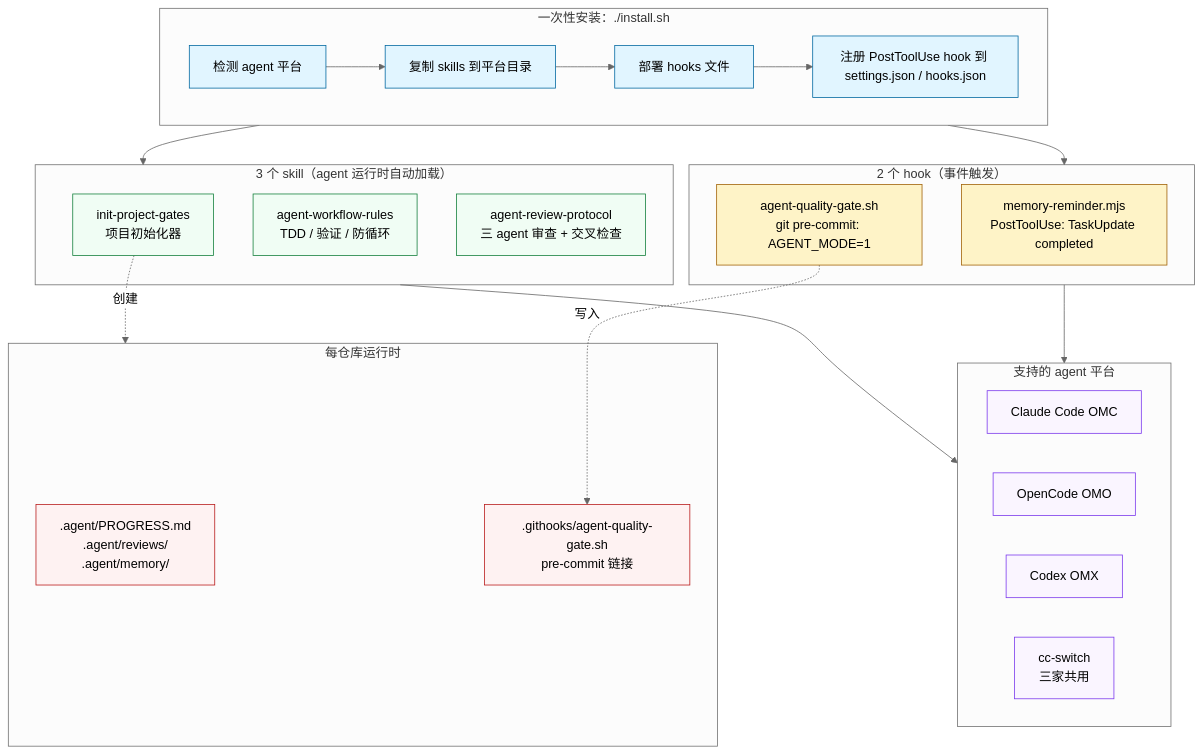
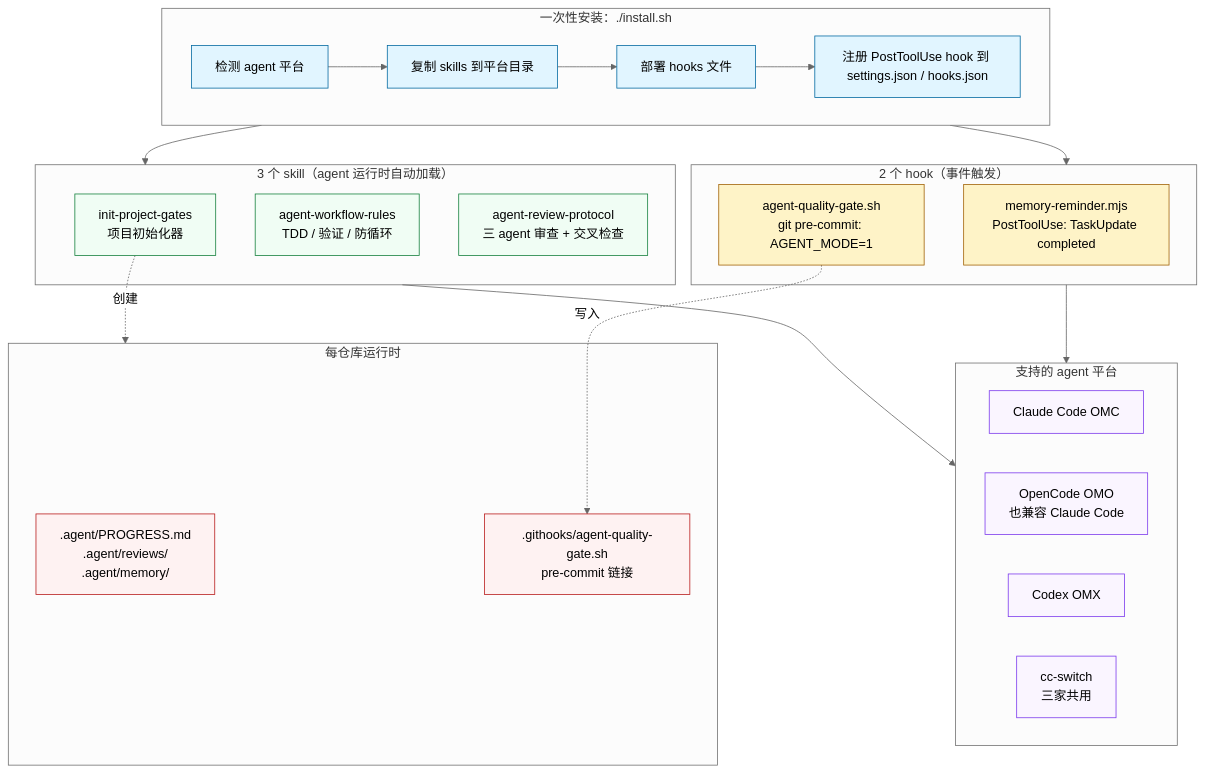
One commit to mcdowell8023/agent-gates changed the first of 5 diagrams in docs/explainer.zh.md. Above: the diagram before and after it, drawn with Mermaid (neutral theme). The commit also changed other lines of this file and 2 other files, not shown here.

First line of the commit message:
docs: 补充 OMO 兼容 Claude Code 说明 + v1.5 roadmap

````diff
--- a/docs/explainer.zh.md
+++ b/docs/explainer.zh.md
@@ -26,52 +26,52 @@
 ```mermaid
 flowchart TB
     subgraph install["一次性安装：./install.sh"]
         I1[检测 agent 平台]
         I2[复制 skills 到平台目录]
         I3[部署 hooks 文件]
         I4[注册 PostToolUse hook 到 settings.json / hooks.json]
         I1 --> I2 --> I3 --> I4
     end
 
     subgraph skills["3 个 skill（agent 运行时自动加载）"]
         S1[init-project-gates<br/>项目初始化器]
         S2[agent-workflow-rules<br/>TDD / 验证 / 防循环]
         S3[agent-review-protocol<br/>三 agent 审查 + 交叉检查]
     end
 
     subgraph hooks["2 个 hook（事件触发）"]
         H1[memory-reminder.mjs<br/>PostToolUse: TaskUpdate completed]
         H2[agent-quality-gate.sh<br/>git pre-commit: AGENT_MODE=1]
     end
 
     subgraph platforms["支持的 agent 平台"]
         P1[Claude Code OMC]
-        P2[OpenCode OMO]
+        P2[OpenCode OMO<br/>也兼容 Claude Code]
         P3[Codex OMX]
         P4[cc-switch<br/>三家共用]
     end
 
     subgraph runtime["每仓库运行时"]
         R1[.agent/PROGRESS.md<br/>.agent/reviews/<br/>.agent/memory/]
         R2[.githooks/agent-quality-gate.sh<br/>pre-commit 链接]
     end
 
     install --> skills
     install --> hooks
     skills --> platforms
     hooks --> platforms
     S1 -.创建.-> runtime
     H2 -.写入.-> R2
 
     classDef install fill:#e1f5ff,stroke:#0369a1
     classDef skill fill:#f0fdf4,stroke:#15803d
     classDef hook fill:#fef3c7,stroke:#a16207
     classDef platform fill:#faf5ff,stroke:#7c3aed
     classDef runtime fill:#fef2f2,stroke:#b91c1c
 
     class I1,I2,I3,I4 install
     class S1,S2,S3 skill
     class H1,H2 hook
     class P1,P2,P3,P4 platform
     class R1,R2 runtime
 ```
````
